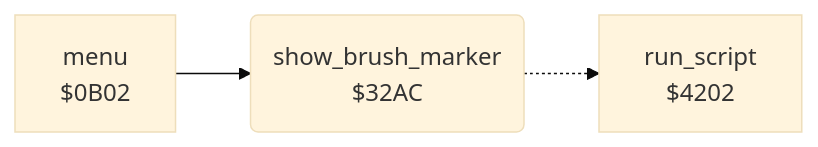
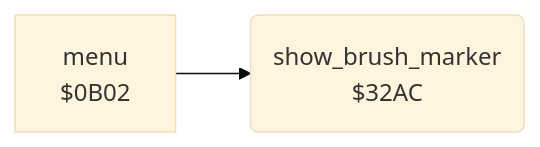
The diagram in koala_painter/v1/docs/reference/modules/menu/brush_marker.md (henols/c64_games), drawn with Mermaid (base theme) before and after one commit. The commit also changed other lines of this file and 1100 other files, not shown here.

````diff
--- a/koala_painter/v1/docs/reference/modules/menu/brush_marker.md
+++ b/koala_painter/v1/docs/reference/modules/menu/brush_marker.md
@@ -10,8 +16,6 @@
 ```mermaid
 flowchart LR
   n0b02["menu<br/>$0B02"]
   n32ac("show_brush_marker<br/>$32AC")
-  n4202["run_script<br/>$4202"]
   n0b02 --> n32ac
-  n32ac -.-> n4202
 ```
````
